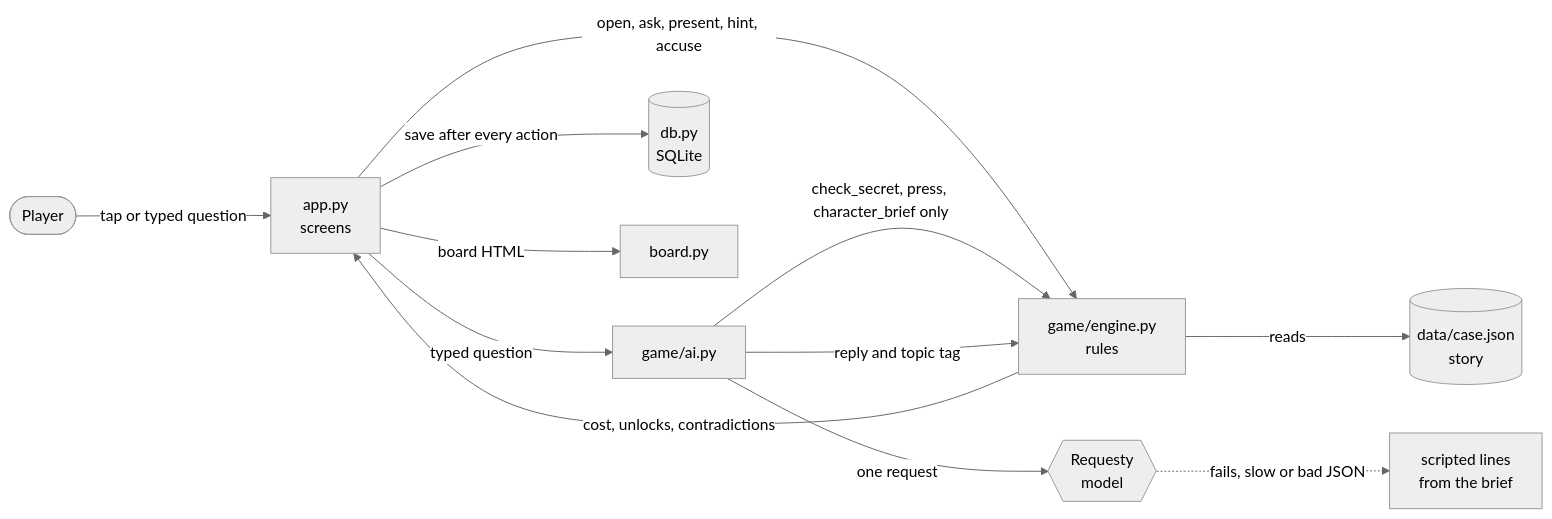
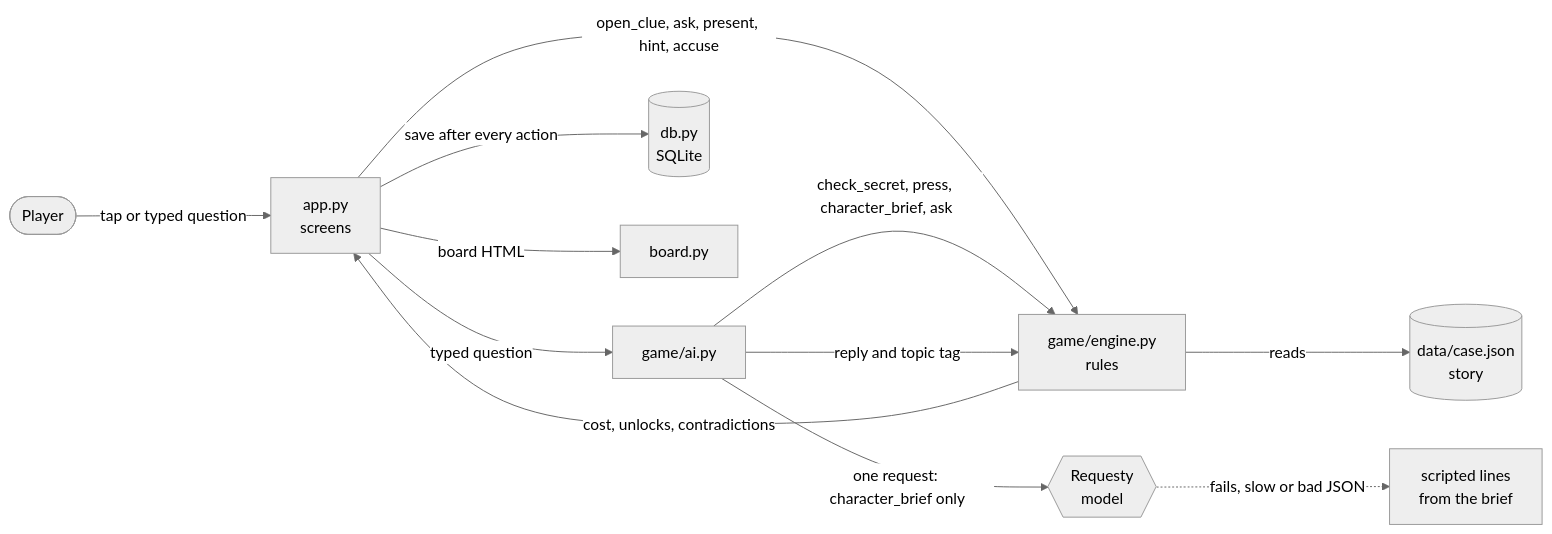
One commit to martim-srp/Death-of-the-Final-Exam changed the diagram in README.md. Above: the diagram before and after it, drawn with Mermaid (neutral theme).

Commit message:
README diagram: open_clue, and the model gets character_brief only

````diff
--- a/README.md
+++ b/README.md
@@ -122,14 +122,14 @@
 ```mermaid
 flowchart LR
     P([Player]) -->|tap or typed question| A[app.py<br/>screens]
-    A -->|open, ask, present, hint, accuse| E[game/engine.py<br/>rules]
+    A -->|open_clue, ask, present, hint, accuse| E[game/engine.py<br/>rules]
     E -->|reads| C[(data/case.json<br/>story)]
     A -->|typed question| AI[game/ai.py]
-    AI -->|check_secret, press, character_brief only| E
-    AI -->|one request| R{{Requesty<br/>model}}
+    AI -->|check_secret, press, character_brief, ask| E
+    AI -->|one request: character_brief only| R{{Requesty<br/>model}}
     R -.->|fails, slow or bad JSON| F[scripted lines<br/>from the brief]
     AI -->|reply and topic tag| E
     E -->|cost, unlocks, contradictions| A
     A -->|save after every action| D[(db.py<br/>SQLite)]
     A -->|board HTML| B[board.py]
 ```
````
